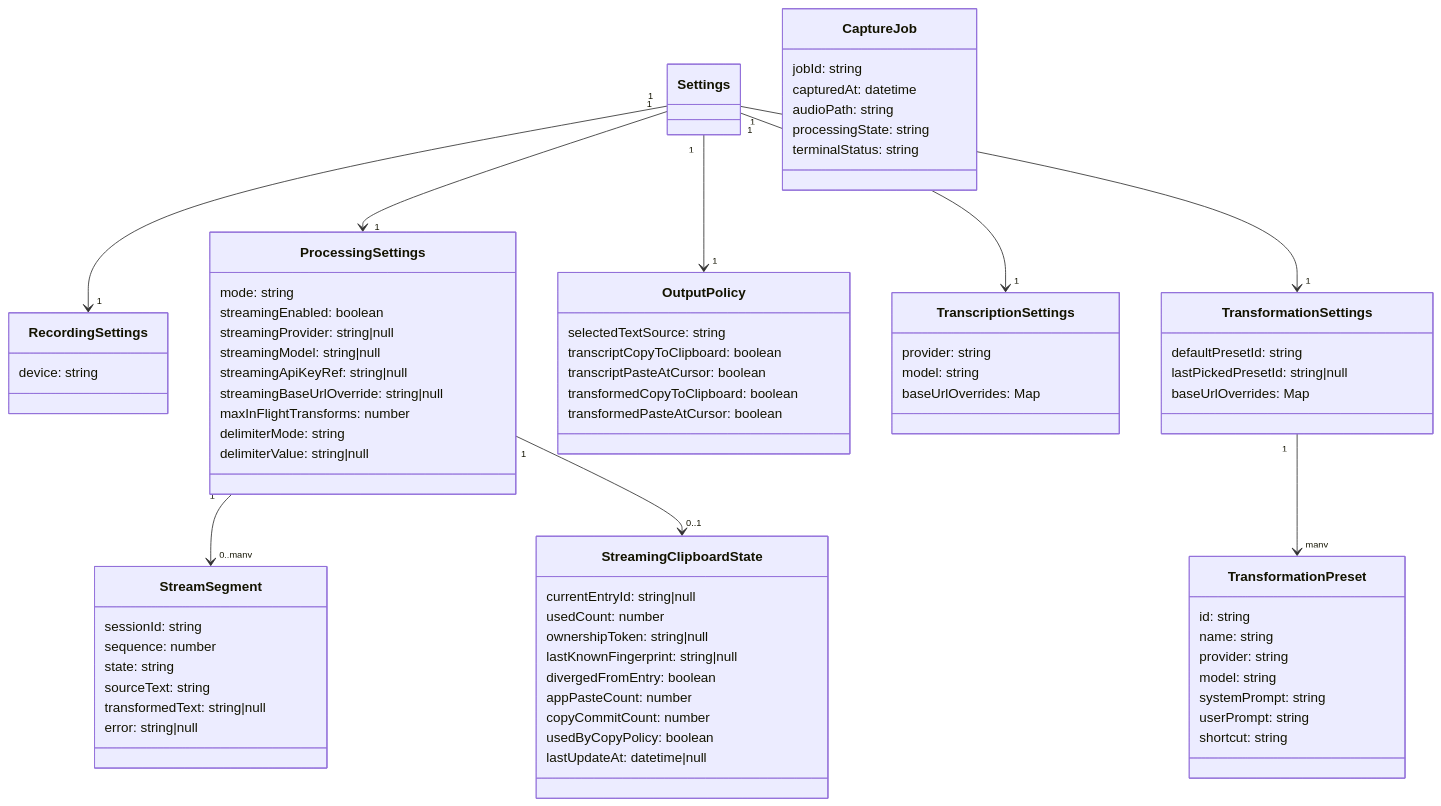
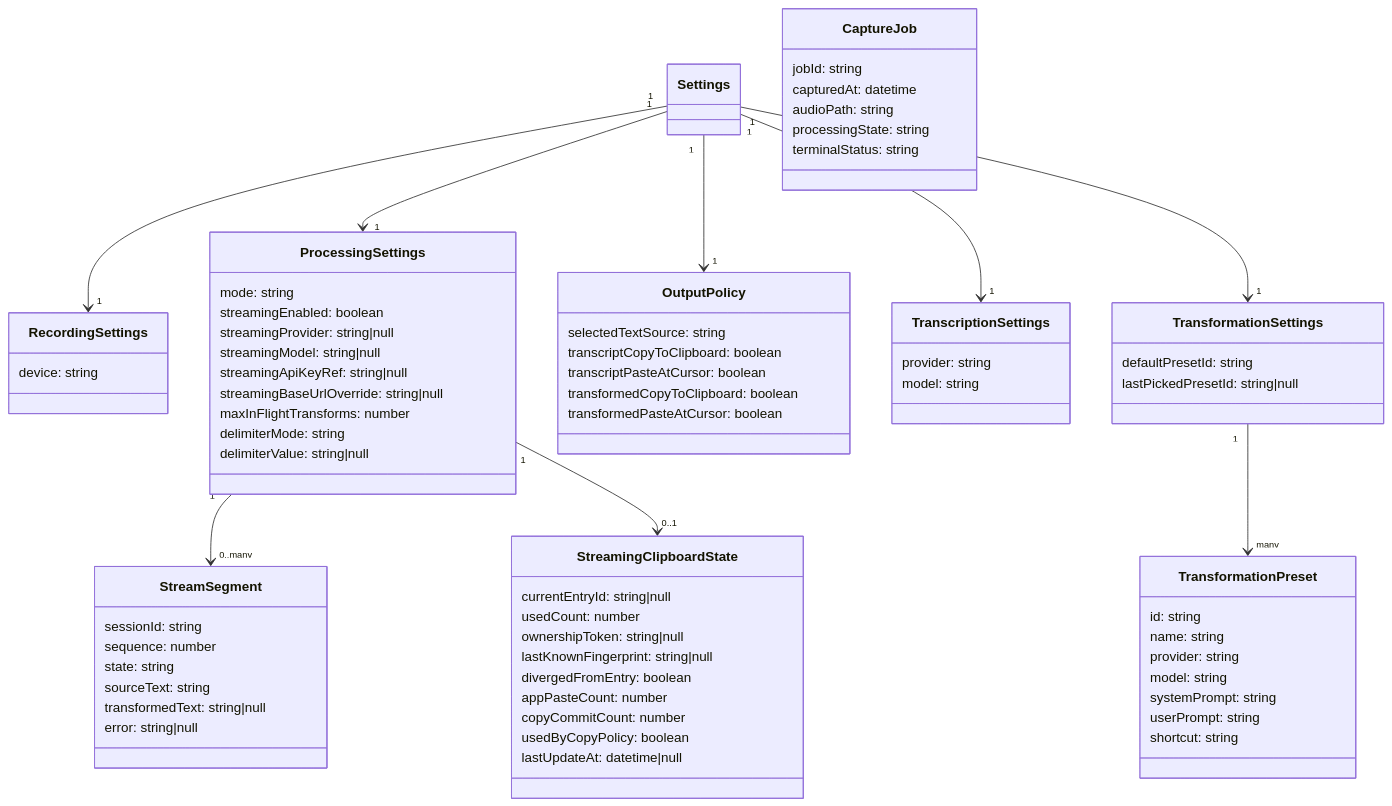
One commit to massun-onibakuchi/speech-to-text-app changed the second of 8 diagrams in specs/spec.md. Above: the diagram before and after it, drawn with Mermaid. The commit also changed other lines of this file and 25 other files, not shown here.

Commit message:
refactor(#380): enforce strict schema contract and remove compat paths

```diff
--- a/specs/spec.md
+++ b/specs/spec.md
@@ -456,13 +449,11 @@
   class TranscriptionSettings {
     provider: string
     model: string
-    baseUrlOverrides: Map<providerId, string|null>
   }
 
   class TransformationSettings {
     defaultPresetId: string
     lastPickedPresetId: string|null
-    baseUrlOverrides: Map<providerId, string|null>
   }
 
   class TransformationPreset {
```
